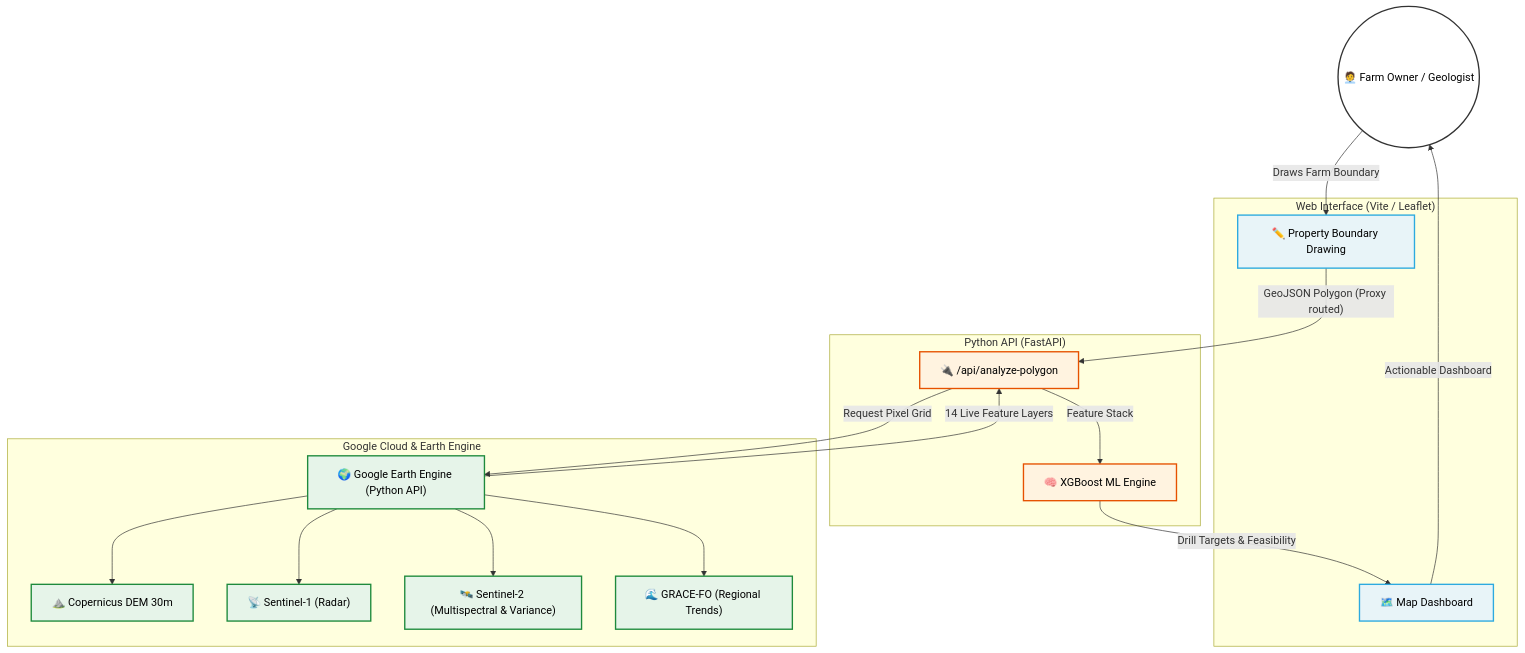
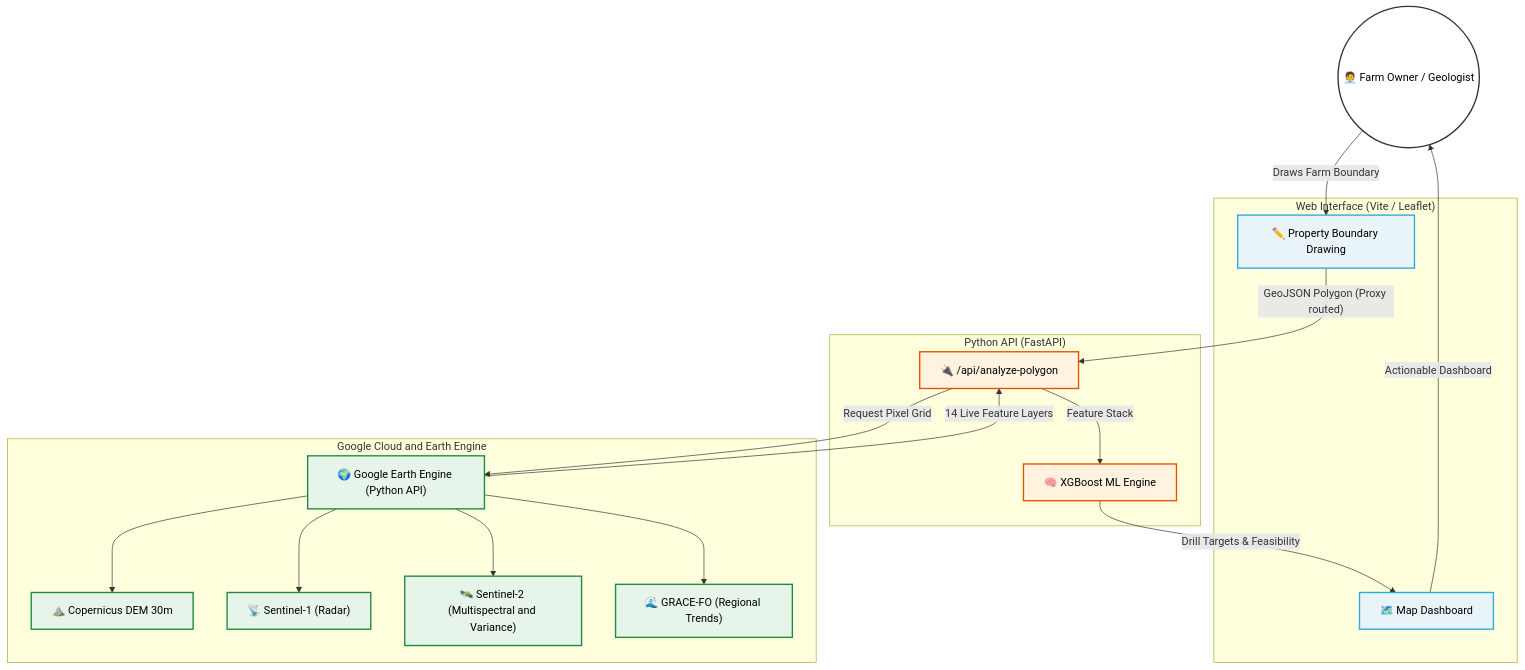
One commit to ReneilweKeoagile061/landsat-water-analysis-ai changed the diagram in README.md. Above: the diagram before and after it, drawn with Mermaid.

Commit message:
Fix Mermaid diagram rendering

````diff
--- a/README.md
+++ b/README.md
@@ -14,40 +14,40 @@
 ```mermaid
 graph TD
     %% Define Styles
     classDef user fill:#ffffff,stroke:#333,stroke-width:2px,color:#000;
     classDef cloud fill:#e6f4e9,stroke:#1e8a3c,stroke-width:2px,color:#000;
     classDef ml fill:#fff3e0,stroke:#e65100,stroke-width:2px,color:#000;
     classDef front fill:#e8f4f8,stroke:#2daadf,stroke-width:2px,color:#000;
 
     User(("🧑‍💼 Farm Owner / Geologist")):::user
     
     subgraph Frontend ["Web Interface (Vite / Leaflet)"]
         UI["🗺️ Map Dashboard"]:::front
         Draw["✏️ Property Boundary Drawing"]:::front
     end
 
     subgraph Backend ["Python API (FastAPI)"]
         API["🔌 /api/analyze-polygon"]:::ml
         XGB["🧠 XGBoost ML Engine"]:::ml
     end
 
-    subgraph GCP ["Google Cloud & Earth Engine"]
+    subgraph GCP ["Google Cloud and Earth Engine"]
         EE["🌍 Google Earth Engine (Python API)"]:::cloud
         DEM["⛰️ Copernicus DEM 30m"]:::cloud
         SAR["📡 Sentinel-1 (Radar)"]:::cloud
-        Multi["🛰️ Sentinel-2 (Multispectral & Variance)"]:::cloud
+        Multi["🛰️ Sentinel-2 (Multispectral and Variance)"]:::cloud
         GRACE["🌊 GRACE-FO (Regional Trends)"]:::cloud
     end
 
     User -- "Draws Farm Boundary" --> Draw
     Draw -- "GeoJSON Polygon (Proxy routed)" --> API
     API -- "Request Pixel Grid" --> EE
     EE --> DEM
     EE --> SAR
     EE --> Multi
     EE --> GRACE
     EE -- "14 Live Feature Layers" --> API
     API -- "Feature Stack" --> XGB
     XGB -- "Drill Targets & Feasibility" --> UI
     UI -- "Actionable Dashboard" --> User
 ```
````
